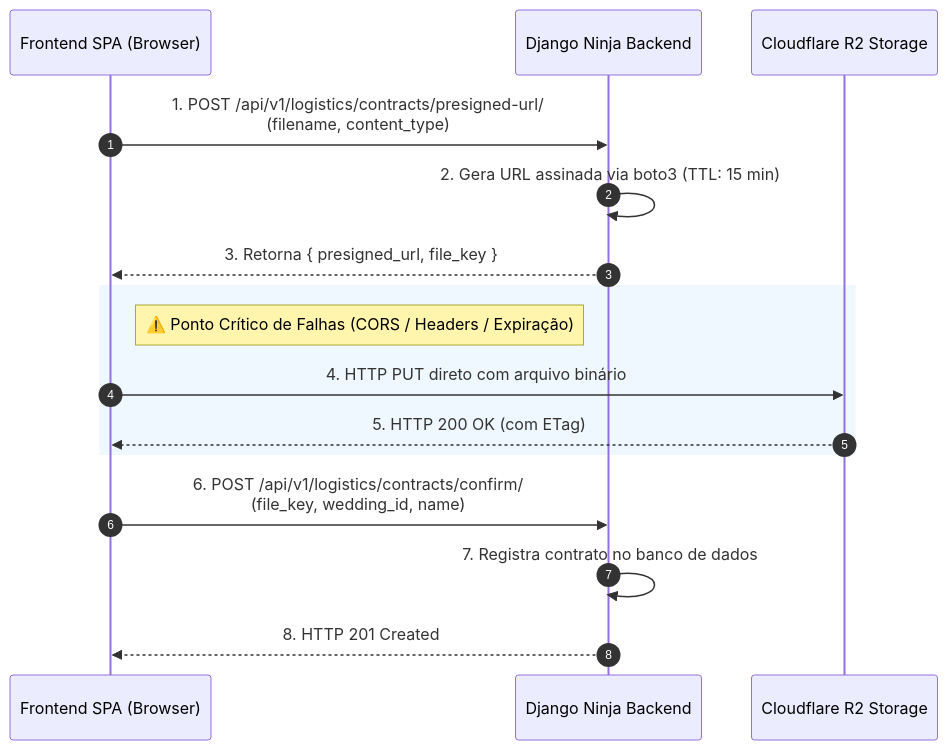
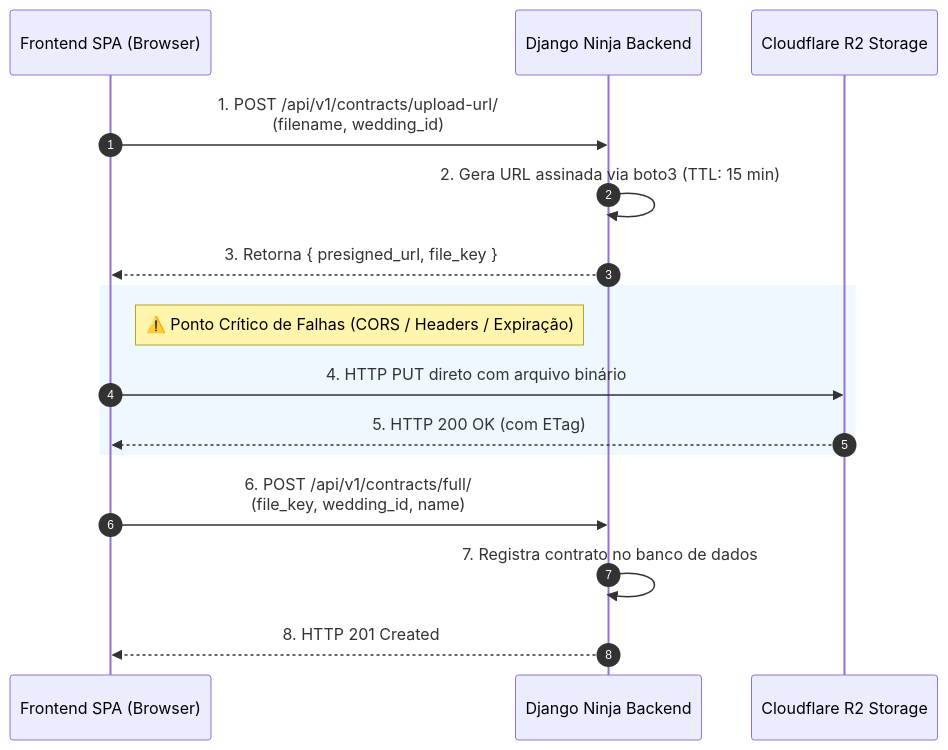
The diagram in docs/guides/ops-troubleshooting/r2-upload-failures.md (Rafaelp122/wedding_management), drawn with Mermaid before and after one commit. The commit also changed other lines of this file and 433 other files, not shown here.

````diff
--- a/docs/guides/ops-troubleshooting/r2-upload-failures.md
+++ b/docs/guides/ops-troubleshooting/r2-upload-failures.md
@@ -12,21 +12,21 @@
 ```mermaid
 sequenceDiagram
     autonumber
     participant Browser as Frontend SPA (Browser)
     participant API as Django Ninja Backend
     participant R2 as Cloudflare R2 Storage
 
-    Browser->>API: 1. POST /api/v1/logistics/contracts/presigned-url/<br/>(filename, content_type)
+    Browser->>API: 1. POST /api/v1/contracts/upload-url/<br/>(filename, wedding_id)
     API->>API: 2. Gera URL assinada via boto3 (TTL: 15 min)
     API-->>Browser: 3. Retorna { presigned_url, file_key }
 
     rect rgb(240, 248, 255)
         note right of Browser: ⚠️ Ponto Crítico de Falhas (CORS / Headers / Expiração)
         Browser->>R2: 4. HTTP PUT direto com arquivo binário
         R2-->>Browser: 5. HTTP 200 OK (com ETag)
     end
 
-    Browser->>API: 6. POST /api/v1/logistics/contracts/confirm/<br/>(file_key, wedding_id, name)
+    Browser->>API: 6. POST /api/v1/contracts/full/<br/>(file_key, wedding_id, name)
     API->>API: 7. Registra contrato no banco de dados
     API-->>Browser: 8. HTTP 201 Created
 ```
````
